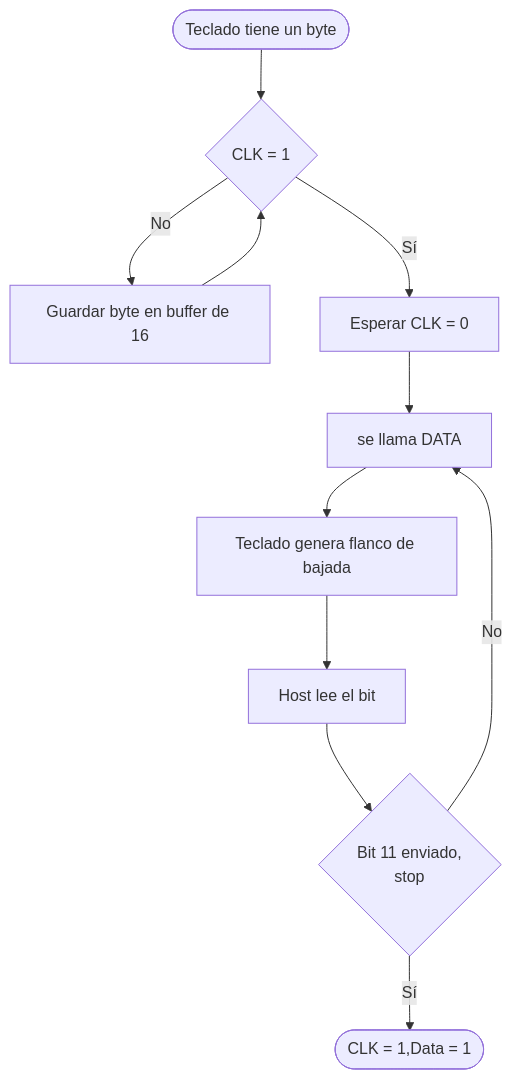
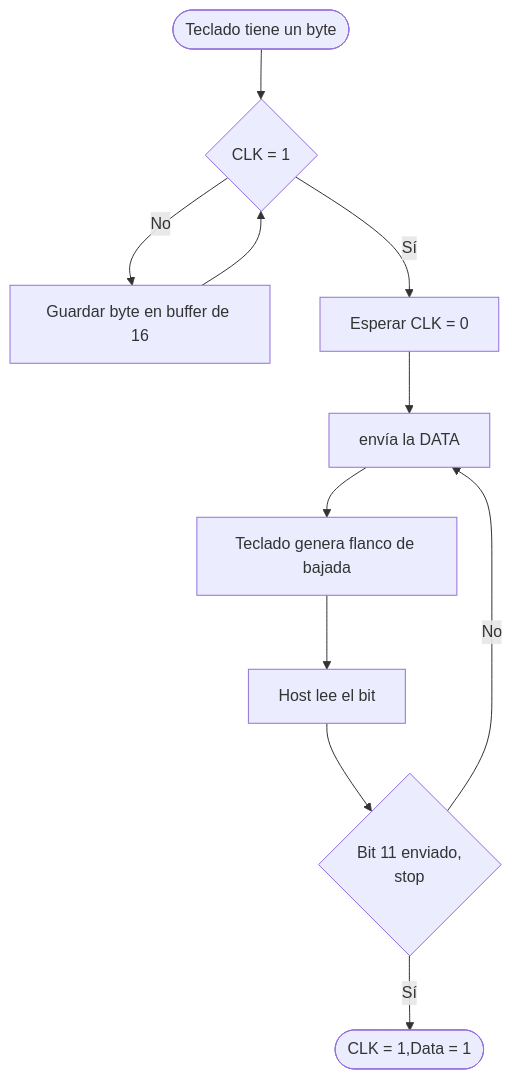
The first of 2 diagrams in PS2_Keyboard/diagramas/Diagramas.md (KUBIX2026/PS2_keyboard), drawn with Mermaid before and after one commit.

````diff
--- a/PS2_Keyboard/diagramas/Diagramas.md
+++ b/PS2_Keyboard/diagramas/Diagramas.md
@@ -3,13 +3,13 @@
 ```mermaid
 flowchart
     A([Teclado tiene un byte]) --> B{CLK = 1}
     B -- No --> C[Guardar byte en buffer de 16]
     C --> B
     B -- Sí --> D[Esperar CLK = 0]
-    D --> E[se llama DATA]
+    D --> E[envía la DATA]
     E --> F[Teclado genera flanco de bajada]
     F --> G[Host lee el bit]
     G --> H{Bit 11 enviado,<br/>stop}
     H -- No --> E
     H -- Sí --> I([CLK = 1,Data = 1])
 ```
````
